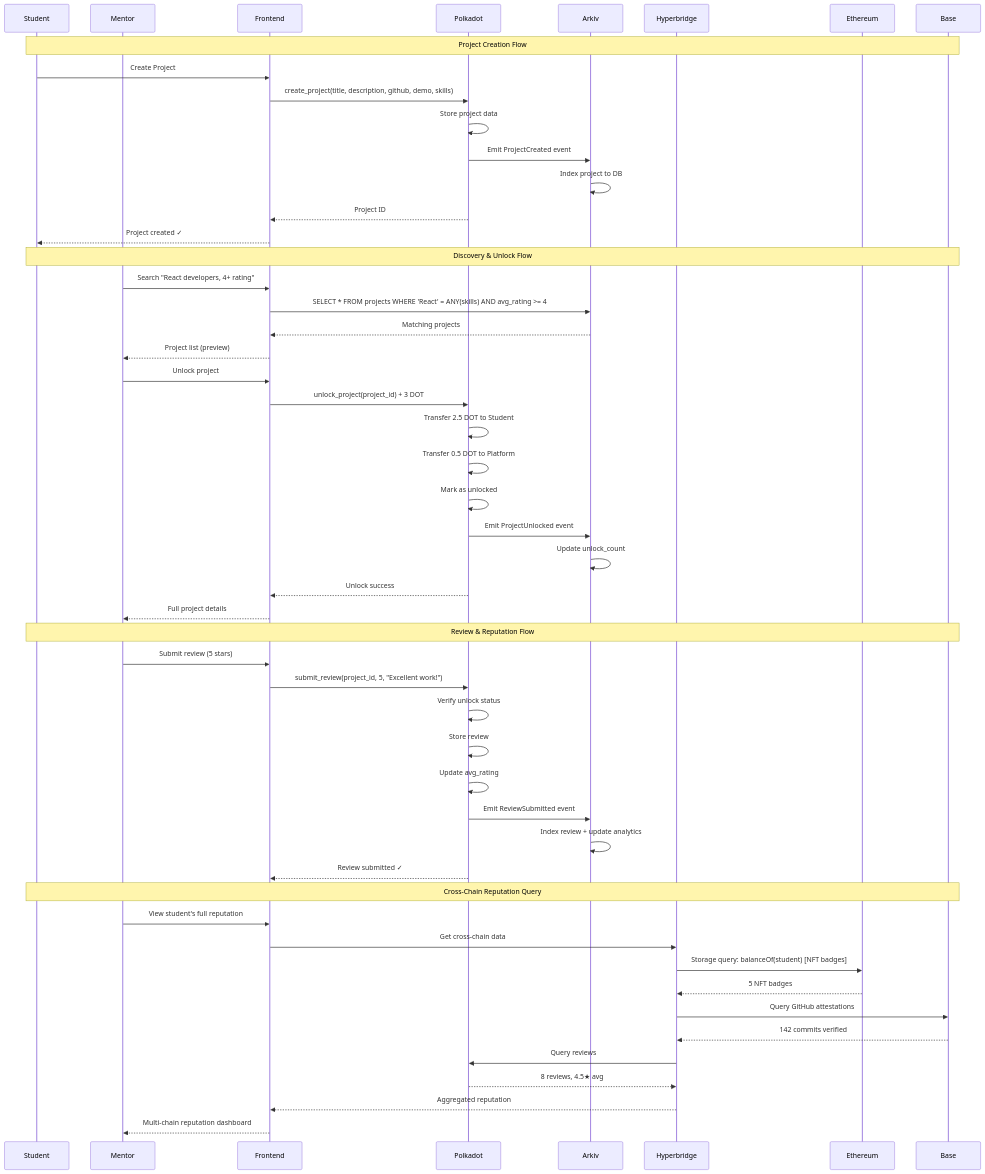
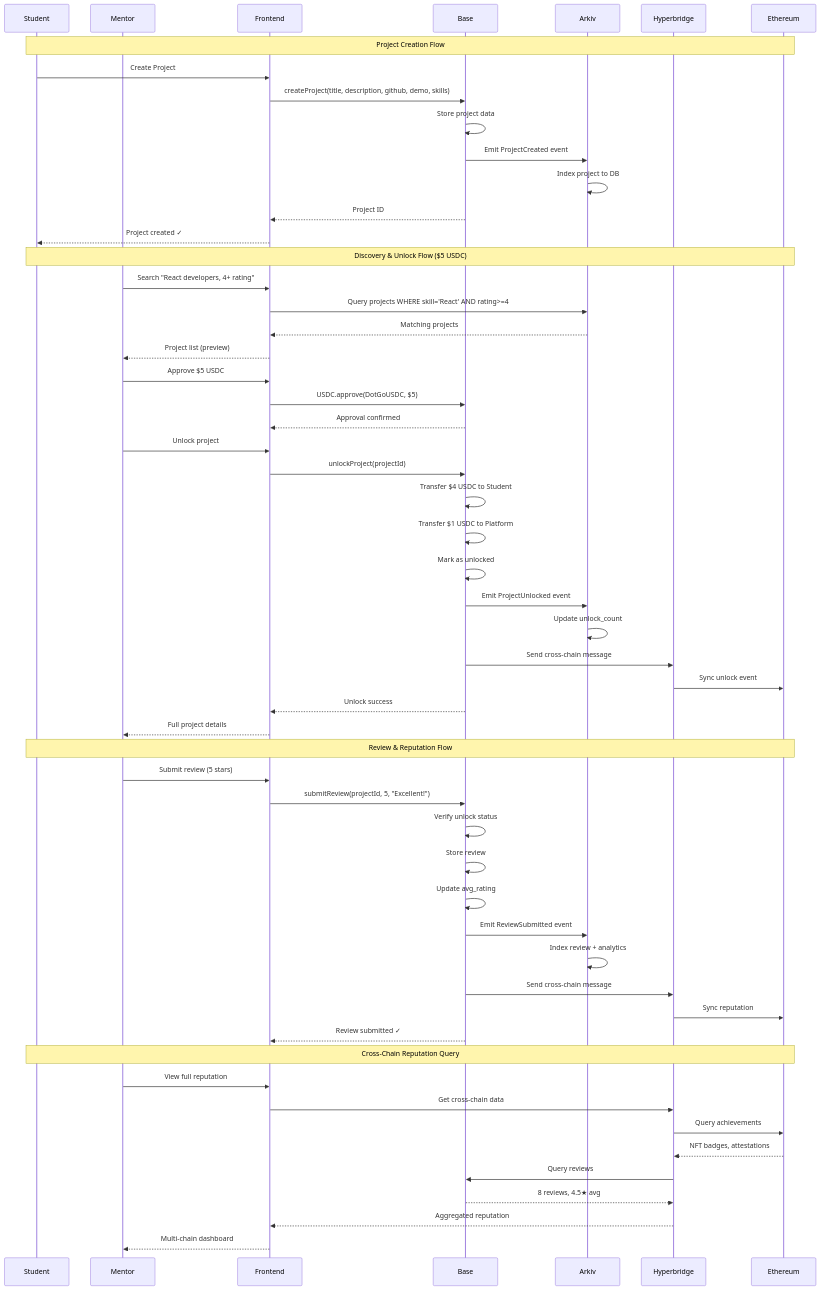
The third of 6 diagrams in README.md (MarxMad/Sub0Polk), drawn with Mermaid before and after one commit. The commit also changed other lines of this file, not shown here.

````diff
--- a/README.md
+++ b/README.md
@@ -100,58 +160,63 @@
 ```mermaid
 sequenceDiagram
     participant Student
     participant Mentor
     participant Frontend
-    participant Polkadot
+    participant Base
     participant Arkiv
     participant Hyperbridge
     participant Ethereum
-    participant Base
 
-    Note over Student,Base: Project Creation Flow
+    Note over Student,Ethereum: Project Creation Flow
     Student->>Frontend: Create Project
-    Frontend->>Polkadot: create_project(title, description, github, demo, skills)
-    Polkadot->>Polkadot: Store project data
-    Polkadot->>Arkiv: Emit ProjectCreated event
+    Frontend->>Base: createProject(title, description, github, demo, skills)
+    Base->>Base: Store project data
+    Base->>Arkiv: Emit ProjectCreated event
     Arkiv->>Arkiv: Index project to DB
-    Polkadot-->>Frontend: Project ID
+    Base-->>Frontend: Project ID
     Frontend-->>Student: Project created ✓
 
-    Note over Student,Base: Discovery & Unlock Flow
+    Note over Student,Ethereum: Discovery & Unlock Flow ($5 USDC)
     Mentor->>Frontend: Search "React developers, 4+ rating"
-    Frontend->>Arkiv: SELECT * FROM projects WHERE 'React' = ANY(skills) AND avg_rating >= 4
+    Frontend->>Arkiv: Query projects WHERE skill='React' AND rating>=4
     Arkiv-->>Frontend: Matching projects
     Frontend-->>Mentor: Project list (preview)
 
+    Mentor->>Frontend: Approve $5 USDC
+    Frontend->>Base: USDC.approve(DotGoUSDC, $5)
+    Base-->>Frontend: Approval confirmed
+
     Mentor->>Frontend: Unlock project
-    Frontend->>Polkadot: unlock_project(project_id) + 3 DOT
-    Polkadot->>Polkadot: Transfer 2.5 DOT to Student
-    Polkadot->>Polkadot: Transfer 0.5 DOT to Platform
-    Polkadot->>Polkadot: Mark as unlocked
-    Polkadot->>Arkiv: Emit ProjectUnlocked event
+    Frontend->>Base: unlockProject(projectId)
+    Base->>Base: Transfer $4 USDC to Student
+    Base->>Base: Transfer $1 USDC to Platform
+    Base->>Base: Mark as unlocked
+    Base->>Arkiv: Emit ProjectUnlocked event
     Arkiv->>Arkiv: Update unlock_count
-    Polkadot-->>Frontend: Unlock success
+    Base->>Hyperbridge: Send cross-chain message
+    Hyperbridge->>Ethereum: Sync unlock event
+    Base-->>Frontend: Unlock success
     Frontend-->>Mentor: Full project details
 
-    Note over Student,Base: Review & Reputation Flow
+    Note over Student,Ethereum: Review & Reputation Flow
     Mentor->>Frontend: Submit review (5 stars)
-    Frontend->>Polkadot: submit_review(project_id, 5, "Excellent work!")
-    Polkadot->>Polkadot: Verify unlock status
-    Polkadot->>Polkadot: Store review
-    Polkadot->>Polkadot: Update avg_rating
-    Polkadot->>Arkiv: Emit ReviewSubmitted event
-    Arkiv->>Arkiv: Index review + update analytics
-    Polkadot-->>Frontend: Review submitted ✓
+    Frontend->>Base: submitReview(projectId, 5, "Excellent!")
+    Base->>Base: Verify unlock status
+    Base->>Base: Store review
+    Base->>Base: Update avg_rating
+    Base->>Arkiv: Emit ReviewSubmitted event
+    Arkiv->>Arkiv: Index review + analytics
+    Base->>Hyperbridge: Send cross-chain message
+    Hyperbridge->>Ethereum: Sync reputation
+    Base-->>Frontend: Review submitted ✓
 
-    Note over Student,Base: Cross-Chain Reputation Query
-    Mentor->>Frontend: View student's full reputation
+    Note over Student,Ethereum: Cross-Chain Reputation Query
+    Mentor->>Frontend: View full reputation
     Frontend->>Hyperbridge: Get cross-chain data
-    Hyperbridge->>Ethereum: Storage query: balanceOf(student) [NFT badges]
-    Ethereum-->>Hyperbridge: 5 NFT badges
-    Hyperbridge->>Base: Query GitHub attestations
-    Base-->>Hyperbridge: 142 commits verified
-    Hyperbridge->>Polkadot: Query reviews
-    Polkadot-->>Hyperbridge: 8 reviews, 4.5★ avg
+    Hyperbridge->>Ethereum: Query achievements
+    Ethereum-->>Hyperbridge: NFT badges, attestations
+    Hyperbridge->>Base: Query reviews
+    Base-->>Hyperbridge: 8 reviews, 4.5★ avg
     Hyperbridge-->>Frontend: Aggregated reputation
-    Frontend-->>Mentor: Multi-chain reputation dashboard
+    Frontend-->>Mentor: Multi-chain dashboard
 ```
````
